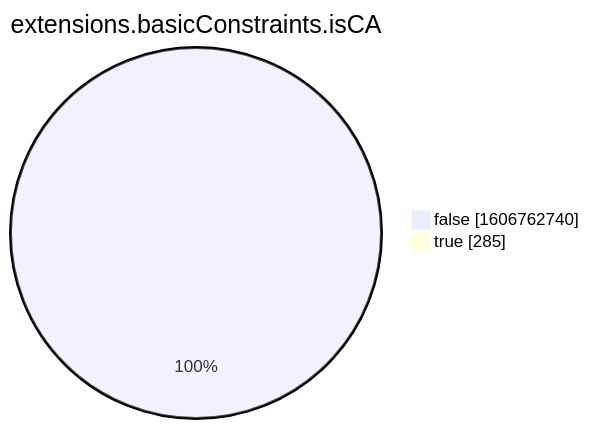
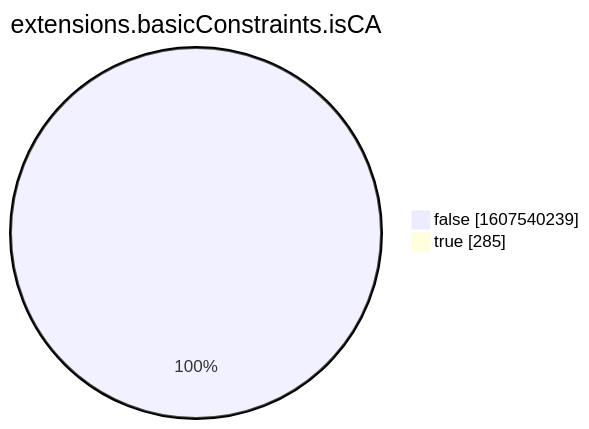
Before and after one commit to christiankrug/ctmonitor_visualization: the eighth of 15 diagrams in xenon2022/README.md, drawn with Mermaid. The commit also changed other lines of this file, not shown here.

````diff
--- a/xenon2022/README.md
+++ b/xenon2022/README.md
@@ -2862,6 +2862,6 @@
 ```mermaid
 pie showData
 title extensions.basicConstraints.isCA
-"false" :1606762740
+"false" :1607540239
 "true" :285
 ```
````
